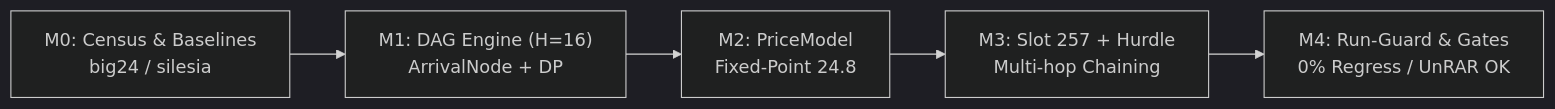
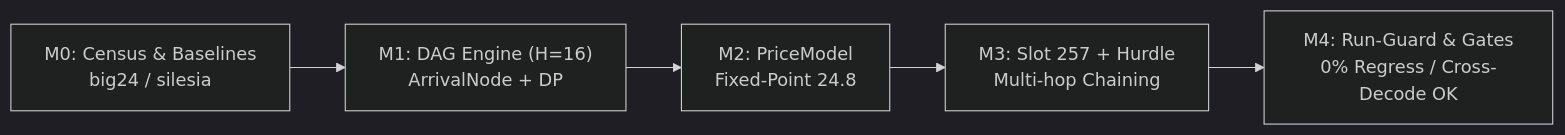
One commit to geometric-dev/openrar changed the diagram in docs/milestones/v2.1.0-pre-analysis.md. Above: the diagram before and after it, drawn with Mermaid (dark theme). The commit also changed other lines of this file and 10 other files, not shown here.

````diff
--- a/docs/milestones/v2.1.0-pre-analysis.md
+++ b/docs/milestones/v2.1.0-pre-analysis.md
@@ -242,7 +242,7 @@
 ```mermaid
 flowchart LR
     M0["M0: Census & Baselines<br>big24 / silesia"] --> M1["M1: DAG Engine (H=16)<br>ArrivalNode + DP"]
     M1 --> M2["M2: PriceModel<br>Fixed-Point 24.8"]
     M2 --> M3["M3: Slot 257 + Hurdle<br>Multi-hop Chaining"]
-    M3 --> M4["M4: Run-Guard & Gates<br>0% Regress / UnRAR OK"]
+    M3 --> M4["M4: Run-Guard & Gates<br>0% Regress / Cross-Decode OK"]
 ```
````
